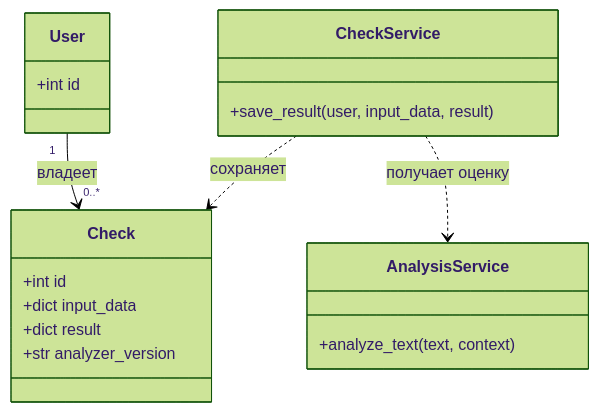
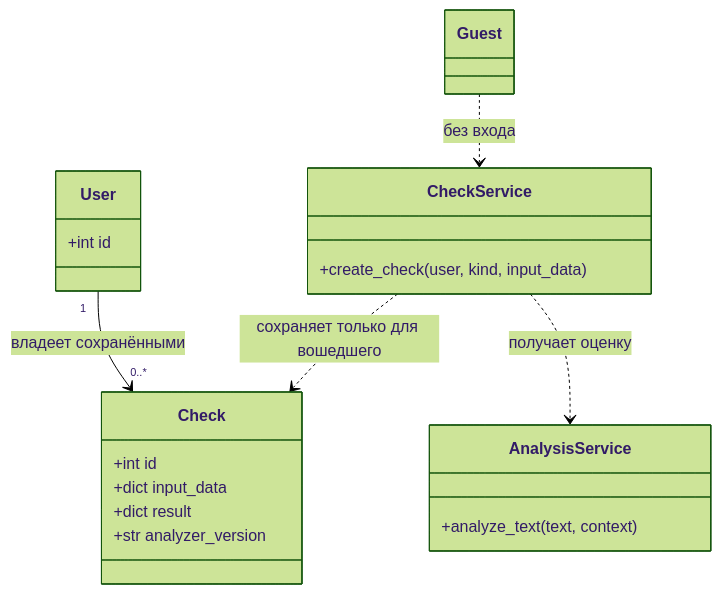
The fourth of 14 diagrams in kharchenko_diagrams.md (dzprht/alphago1v), drawn with Mermaid (forest theme) before and after one commit. The commit also changed other lines of this file and 9 other files, not shown here.

````diff
--- a/kharchenko_diagrams.md
+++ b/kharchenko_diagrams.md
@@ -68,21 +75,23 @@
 ```mermaid
 classDiagram
     class User {
         +int id
     }
     class Check {
         +int id
         +dict input_data
         +dict result
         +str analyzer_version
     }
     class AnalysisService {
         +analyze_text(text, context)
     }
     class CheckService {
-        +save_result(user, input_data, result)
+        +create_check(user, kind, input_data)
     }
-    User "1" --> "0..*" Check : владеет
+    class Guest
+    User "1" --> "0..*" Check : владеет сохранёнными
+    Guest ..> CheckService : без входа
     CheckService ..> AnalysisService : получает оценку
-    CheckService ..> Check : сохраняет
+    CheckService ..> Check : сохраняет только для вошедшего
 ```
````
